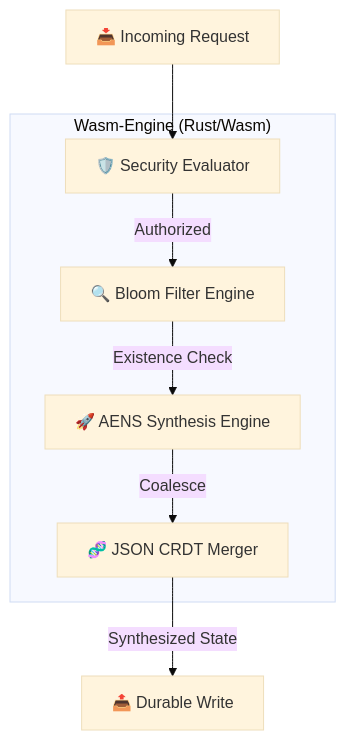
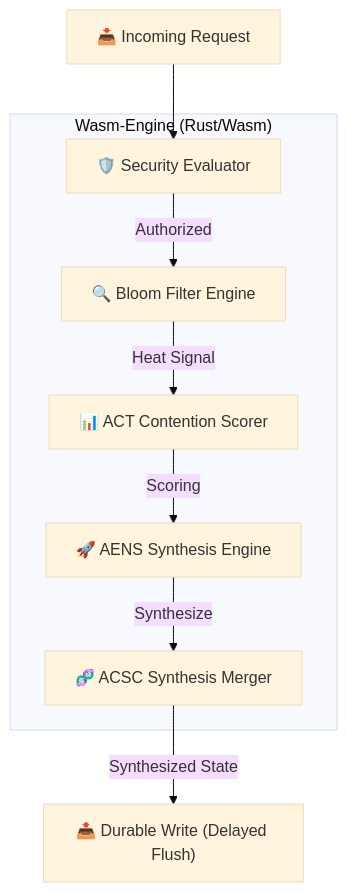
The third of 5 diagrams in docs/VISUAL_ARCH_GALLERY.md (codeforgebyaravinth-dev/telestack-realtime-db-FYP), drawn with Mermaid (base theme) before and after one commit. The commit also changed other lines of this file and 73 other files, not shown here.

Commit message:
v9.1 Industrial-Grade Release: AENS v2.0, ACT, ACSC, and 100% Integrity Proofs

````diff
--- a/docs/VISUAL_ARCH_GALLERY.md
+++ b/docs/VISUAL_ARCH_GALLERY.md
@@ -66,15 +66,17 @@
 ```mermaid
 graph TD
     subgraph "Wasm-Engine (Rust/Wasm)"
         Sec["🛡️ Security Evaluator"]
         Bloom["🔍 Bloom Filter Engine"]
         AENS["🚀 AENS Synthesis Engine"]
-        CRDT["🧬 JSON CRDT Merger"]
+        ACSC["🧬 ACSC Synthesis Merger"]
+        ACT["📊 ACT Contention Scorer"]
     end
     
     Request["📥 Incoming Request"] --> Sec
     Sec -->|Authorized| Bloom
-    Bloom -->|Existence Check| AENS
-    AENS -->|Coalesce| CRDT
-    CRDT -->|Synthesized State| Response["📤 Durable Write"]
+    Bloom -->|Heat Signal| ACT
+    ACT -->|Scoring| AENS
+    AENS -->|Synthesize| ACSC
+    ACSC -->|Synthesized State| Response["📤 Durable Write (Delayed Flush)"]
 ```
````
